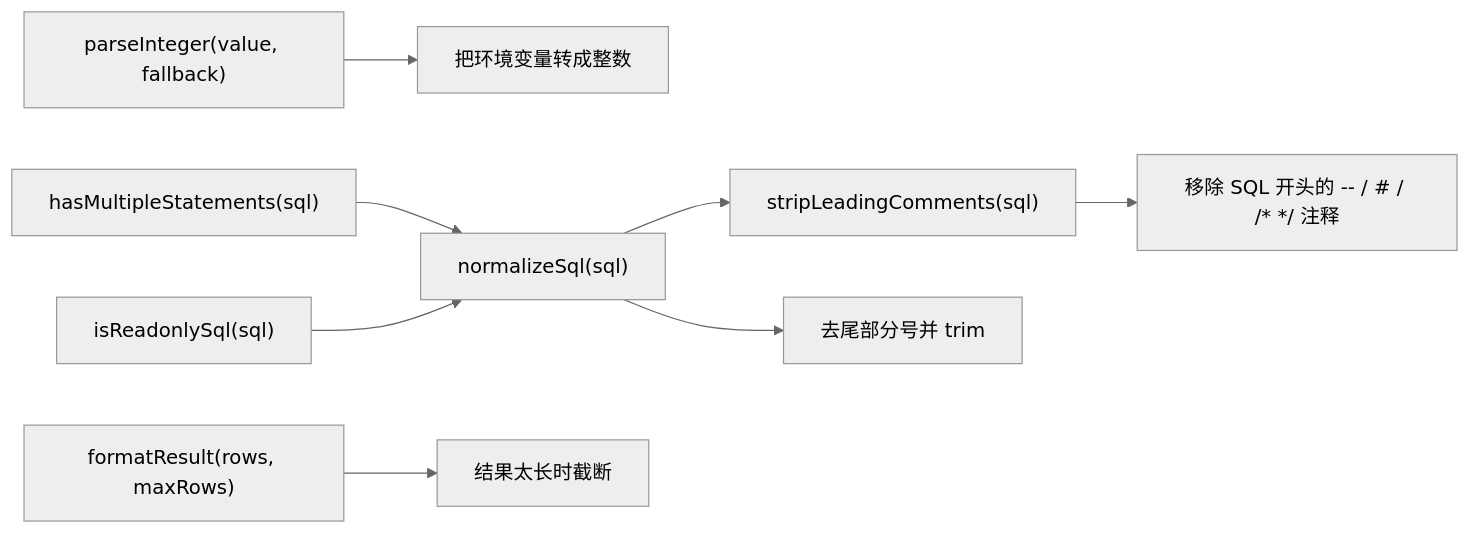
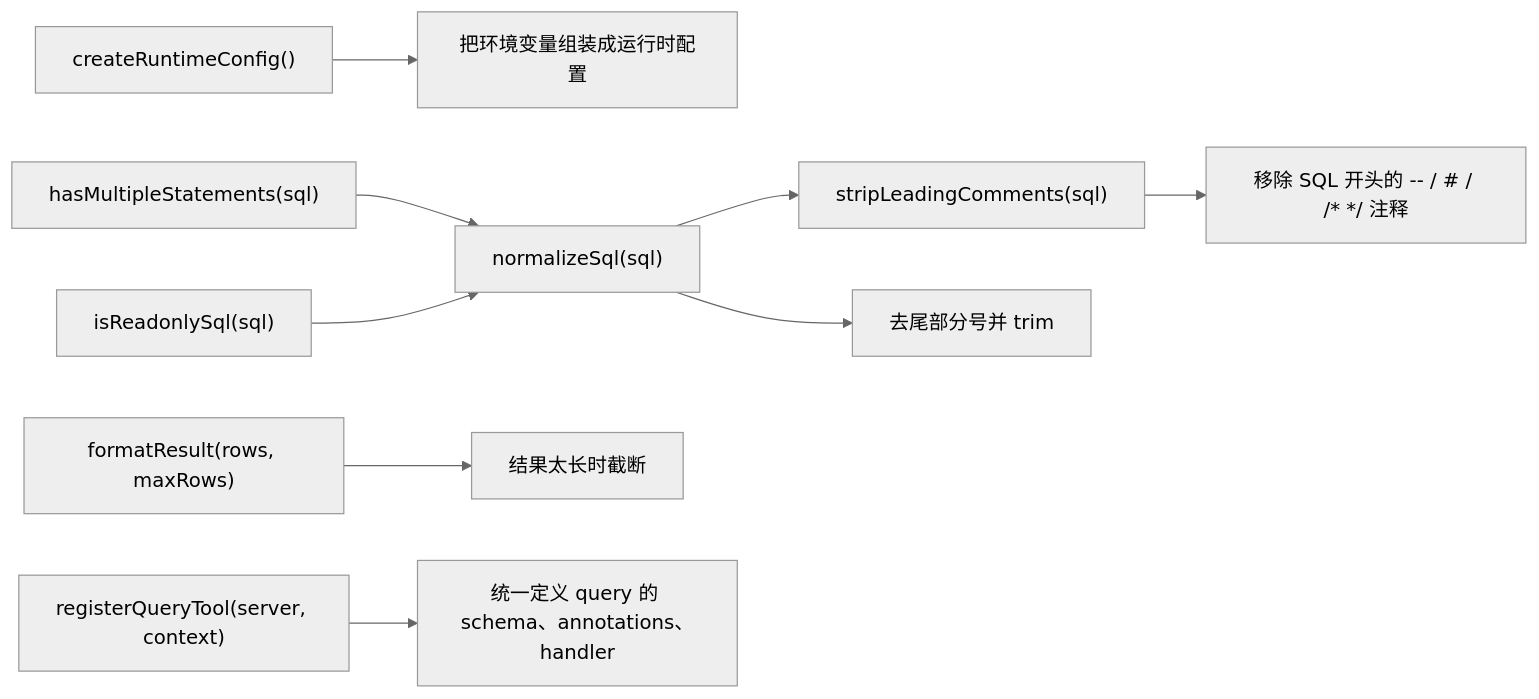
The third of 3 diagrams in docs/index-method-call-flow.md (Xguihur/mcp-test-sql), drawn with Mermaid (neutral theme) before and after one commit. The commit also changed other lines of this file and 10 other files, not shown here.

````diff
--- a/docs/index-method-call-flow.md
+++ b/docs/index-method-call-flow.md
@@ -57,10 +59,11 @@
 ```mermaid
 flowchart LR
-    A["parseInteger(value, fallback)"] --> A1["把环境变量转成整数"]
+    A["createRuntimeConfig()"] --> A1["把环境变量组装成运行时配置"]
     B["stripLeadingComments(sql)"] --> B1["移除 SQL 开头的 -- / # / /* */ 注释"]
     C["normalizeSql(sql)"] --> B
     C --> C1["去尾部分号并 trim"]
     D["hasMultipleStatements(sql)"] --> C
     E["isReadonlySql(sql)"] --> C
     F["formatResult(rows, maxRows)"] --> F1["结果太长时截断"]
+    G["registerQueryTool(server, context)"] --> G1["统一定义 query 的 schema、annotations、handler"]
 ```
````
